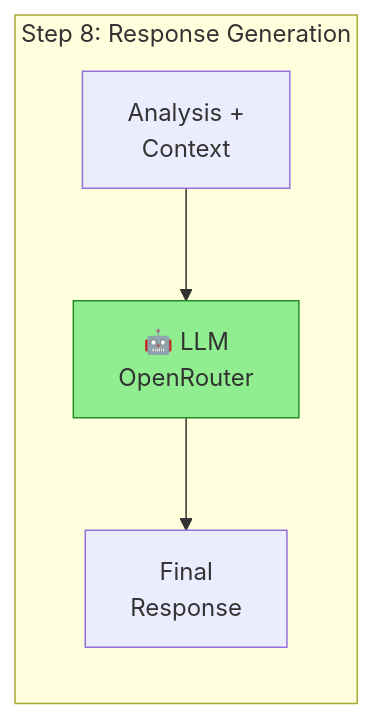
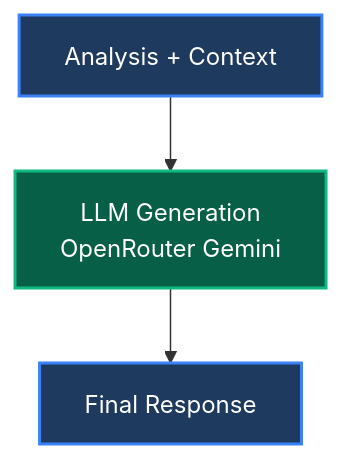
Diagram 16 of 22 in docs/roadmap/RAG_V6.md (RaulJuliosIglesias/ai-powered_cv_screener), drawn with Mermaid before and after one commit. The commit also changed other lines of this file, not shown here.

````diff
--- a/docs/roadmap/RAG_V6.md
+++ b/docs/roadmap/RAG_V6.md
@@ -369,9 +390,9 @@
 ```mermaid
-flowchart LR
-    subgraph Step8["Step 8: Response Generation"]
-        Analysis["Analysis +<br/>Context"] --> LLM["🤖 LLM<br/>OpenRouter"]
-        LLM --> Response["Final<br/>Response"]
-    end
+flowchart TB
+    A[Analysis + Context] --> B[LLM Generation<br/>OpenRouter Gemini]
+    B --> C[Final Response]
     
-    style LLM fill:#90EE90,stroke:#228B22
+    style A fill:#1e3a5f,stroke:#3b82f6,stroke-width:2px,color:#ffffff
+    style B fill:#065f46,stroke:#10b981,stroke-width:2px,color:#ffffff
+    style C fill:#1e3a5f,stroke:#3b82f6,stroke-width:2px,color:#ffffff
 ```
````
